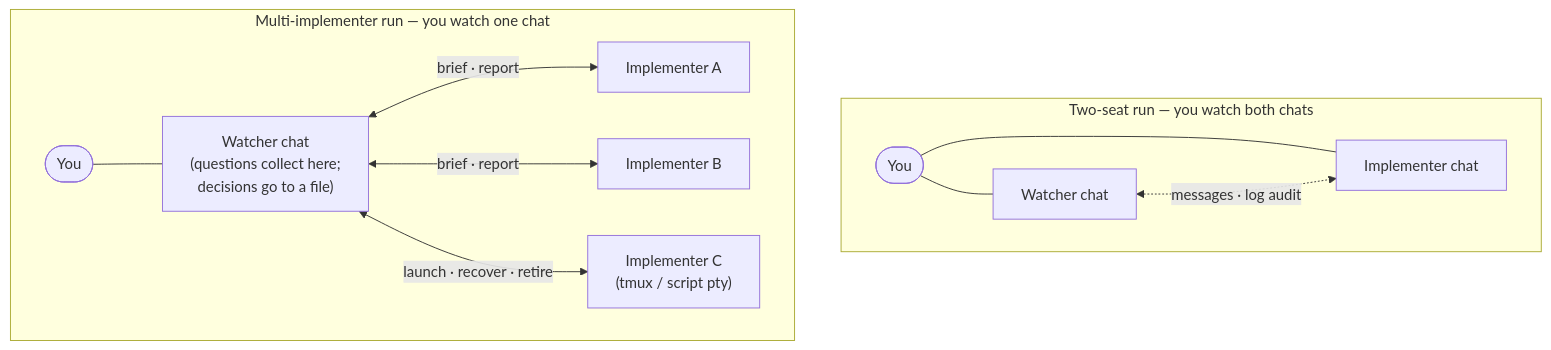
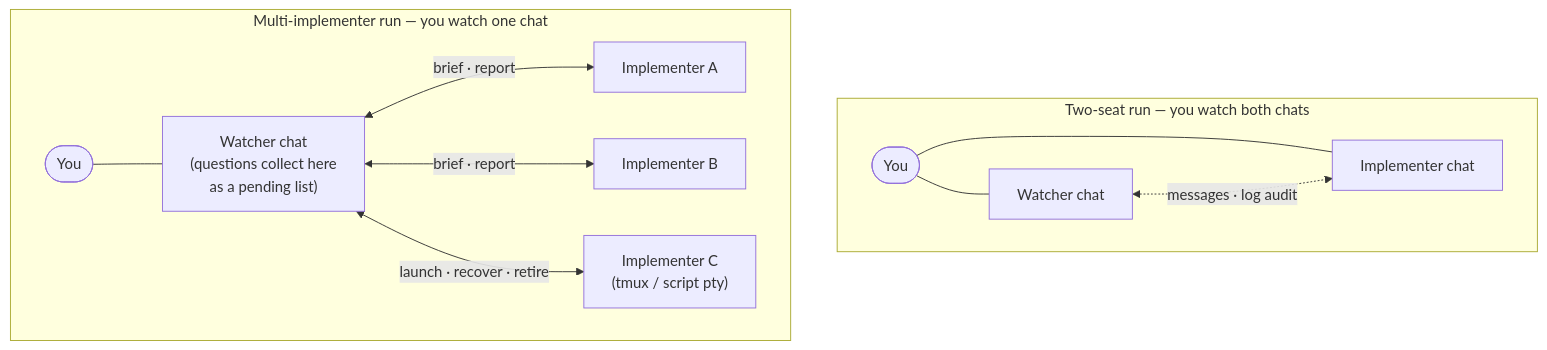
Before and after one commit to inakaegg/pair-watch: the second of 2 diagrams in README.md, drawn with Mermaid. The commit also changed other lines of this file and 2 other files, not shown here.

First line of the commit message:
Drop the pending-decision file mechanism / 判断待ちファイルの仕組みを取り下げる

````diff
--- a/README.md
+++ b/README.md
@@ -92,16 +91,16 @@
 ```mermaid
 flowchart TB
     subgraph classic["Two-seat run — you watch both chats"]
         direction LR
         U1([You]) --- W1["Watcher chat"]
         U1 --- I1["Implementer chat"]
         W1 <-.->|"messages · log audit"| I1
     end
     subgraph multi["Multi-implementer run — you watch one chat"]
         direction LR
-        U2([You]) --- W2["Watcher chat<br/>(questions collect here;<br/>decisions go to a file)"]
+        U2([You]) --- W2["Watcher chat<br/>(questions collect here<br/>as a pending list)"]
         W2 <-->|"brief · report"| A["Implementer A"]
         W2 <-->|"brief · report"| B["Implementer B"]
         W2 <-->|"launch · recover · retire"| C["Implementer C<br/>(tmux / script pty)"]
     end
 ```
````
